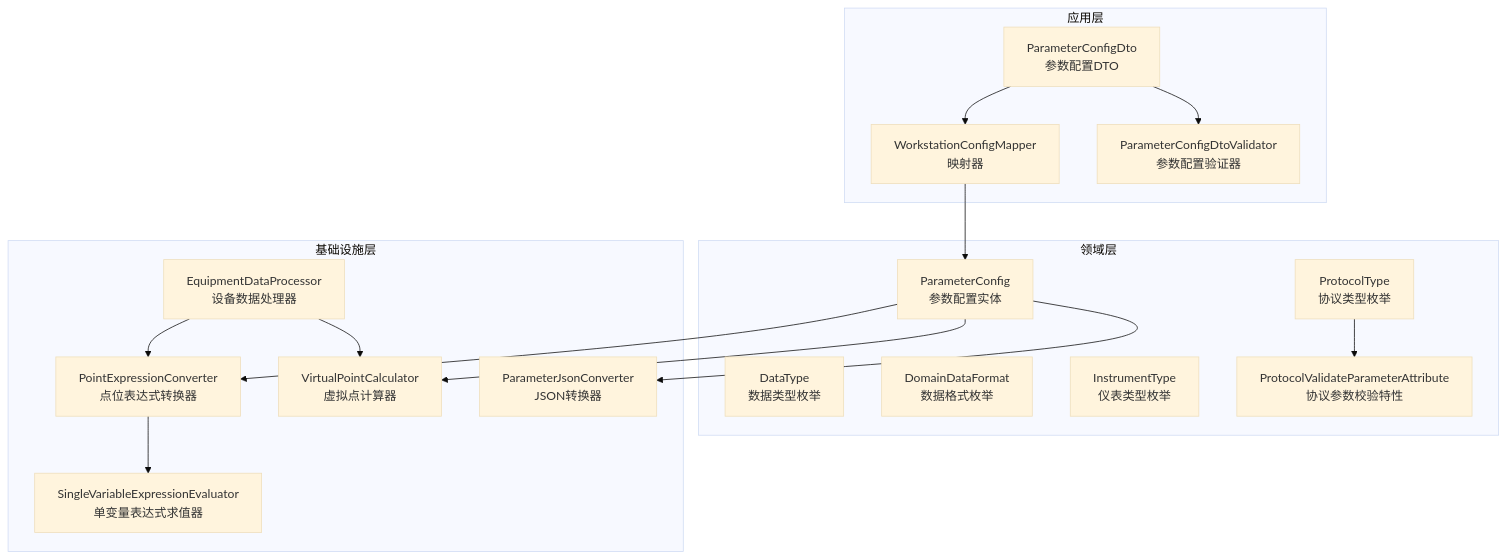
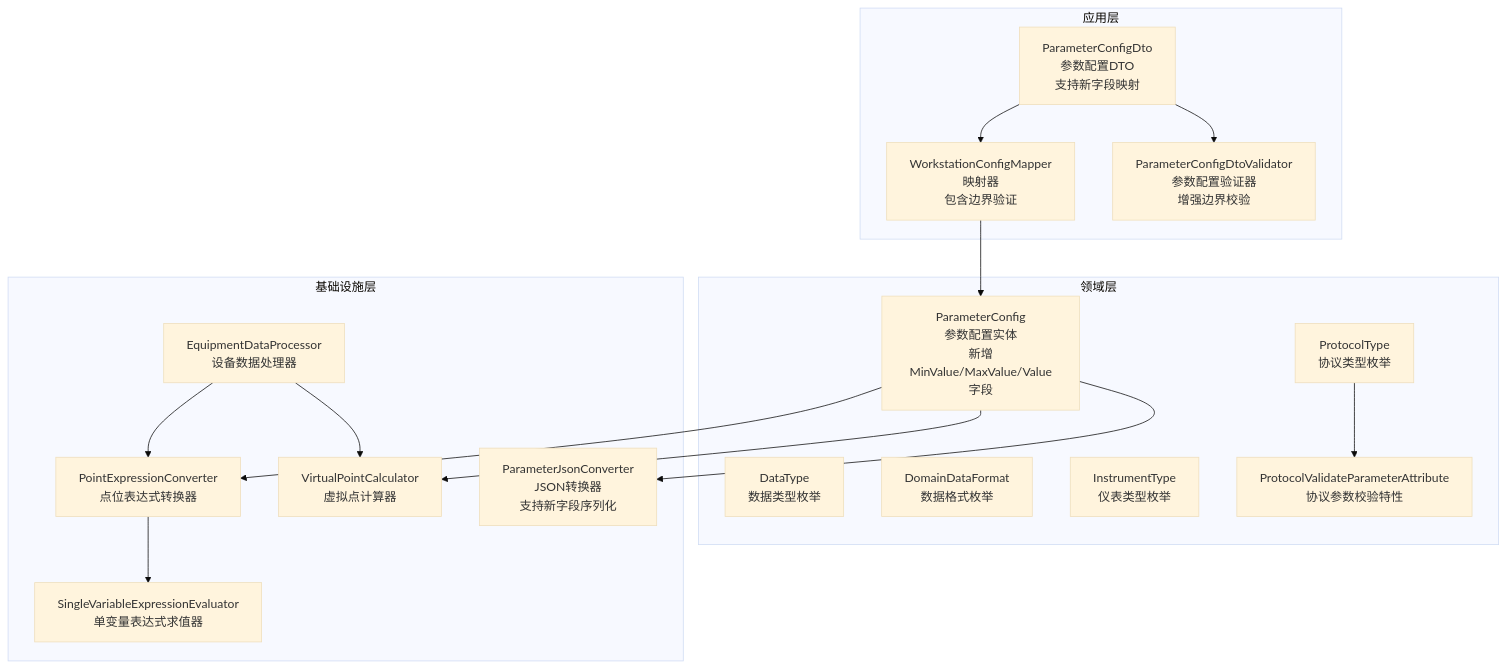
Before and after one commit to whitemousetl/IndustrialDataSolution: the first of 7 diagrams in .qoder/repowiki/zh/content/领域模型设计/参数配置模型.md, drawn with Mermaid (base theme). The commit also changed other lines of this file and 18 other files, not shown here.

````diff
--- a/.qoder/repowiki/zh/content/领域模型设计/参数配置模型.md
+++ b/.qoder/repowiki/zh/content/领域模型设计/参数配置模型.md
@@ -51,33 +60,33 @@
 ```mermaid
 graph TB
 subgraph "领域层"
-PC["ParameterConfig<br/>参数配置实体"]
+PC["ParameterConfig<br/>参数配置实体<br/>新增MinValue/MaxValue/Value字段"]
 DT["DataType<br/>数据类型枚举"]
 DDF["DomainDataFormat<br/>数据格式枚举"]
 IT["InstrumentType<br/>仪表类型枚举"]
 PT["ProtocolType<br/>协议类型枚举"]
 PVA["ProtocolValidateParameterAttribute<br/>协议参数校验特性"]
 end
 subgraph "应用层"
-DTO["ParameterConfigDto<br/>参数配置DTO"]
-MAP["WorkstationConfigMapper<br/>映射器"]
-VAL["ParameterConfigDtoValidator<br/>参数配置验证器"]
+DTO["ParameterConfigDto<br/>参数配置DTO<br/>支持新字段映射"]
+MAP["WorkstationConfigMapper<br/>映射器<br/>包含边界验证"]
+VAL["ParameterConfigDtoValidator<br/>参数配置验证器<br/>增强边界校验"]
 end
 subgraph "基础设施层"
-PJC["ParameterJsonConverter<br/>JSON转换器"]
+PJC["ParameterJsonConverter<br/>JSON转换器<br/>支持新字段序列化"]
 VPC["VirtualPointCalculator<br/>虚拟点计算器"]
 PEC["PointExpressionConverter<br/>点位表达式转换器"]
 SVE["SingleVariableExpressionEvaluator<br/>单变量表达式求值器"]
 EDP["EquipmentDataProcessor<br/>设备数据处理器"]
 end
 DTO --> VAL
 DTO --> MAP
 MAP --> PC
 PC --> PJC
 PC --> VPC
 PC --> PEC
 PEC --> SVE
 EDP --> VPC
 EDP --> PEC
 PT --> PVA
 ```
````
